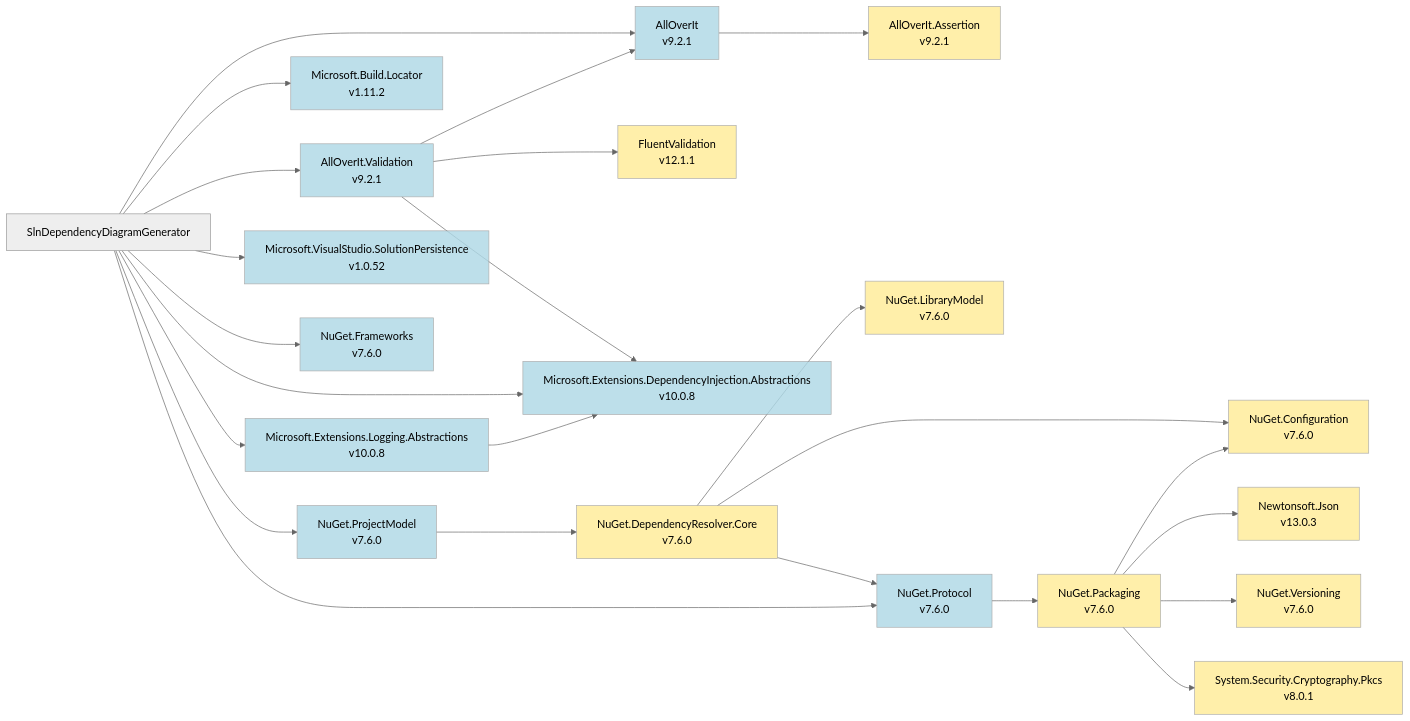
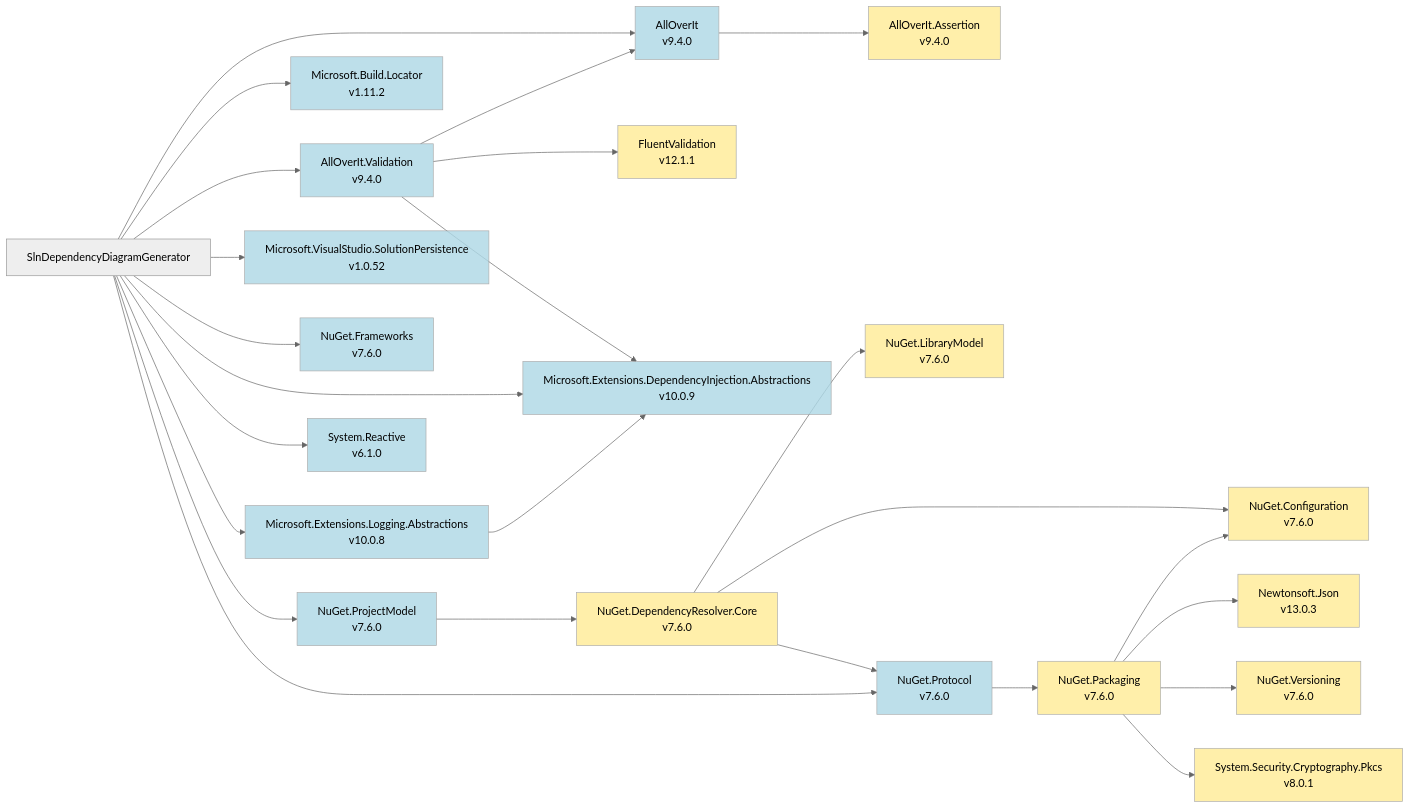
The diagram in Samples/Output/net10.0/mmd/slndependencydiagramgenerator.mmd (mjfreelancing/SlnDependencyDiagramGenerator), drawn with Mermaid (neutral theme) before and after one commit. The commit also changed 62 other files, not shown here.

Commit message:
Sample diagram updates

```diff
--- a/Samples/Output/net10.0/mmd/slndependencydiagramgenerator.mmd
+++ b/Samples/Output/net10.0/mmd/slndependencydiagramgenerator.mmd
@@ -1,61 +1,64 @@
 flowchart LR
   slndependencydiagramgenerator["SlnDependencyDiagramGenerator"]
-  alloverit_9-2-1["AllOverIt<br>v9.2.1"]
-  alloverit-assertion_9-2-1["AllOverIt.Assertion<br>v9.2.1"]
-  alloverit-validation_9-2-1["AllOverIt.Validation<br>v9.2.1"]
+  alloverit_9-4-0["AllOverIt<br>v9.4.0"]
+  alloverit-assertion_9-4-0["AllOverIt.Assertion<br>v9.4.0"]
+  alloverit-validation_9-4-0["AllOverIt.Validation<br>v9.4.0"]
   fluentvalidation_12-1-1["FluentValidation<br>v12.1.1"]
-  microsoft-extensions-dependencyinjection-abstractions_10-0-8["Microsoft.Extensions.DependencyInjection.Abstractions<br>v10.0.8"]
+  microsoft-extensions-dependencyinjection-abstractions_10-0-9["Microsoft.Extensions.DependencyInjection.Abstractions<br>v10.0.9"]
   microsoft-build-locator_1-11-2["Microsoft.Build.Locator<br>v1.11.2"]
   microsoft-extensions-logging-abstractions_10-0-8["Microsoft.Extensions.Logging.Abstractions<br>v10.0.8"]
   microsoft-visualstudio-solutionpersistence_1-0-52["Microsoft.VisualStudio.SolutionPersistence<br>v1.0.52"]
   nuget-frameworks_7-6-0["NuGet.Frameworks<br>v7.6.0"]
   nuget-projectmodel_7-6-0["NuGet.ProjectModel<br>v7.6.0"]
   nuget-dependencyresolver-core_7-6-0["NuGet.DependencyResolver.Core<br>v7.6.0"]
   nuget-configuration_7-6-0["NuGet.Configuration<br>v7.6.0"]
   nuget-librarymodel_7-6-0["NuGet.LibraryModel<br>v7.6.0"]
   nuget-protocol_7-6-0["NuGet.Protocol<br>v7.6.0"]
   nuget-packaging_7-6-0["NuGet.Packaging<br>v7.6.0"]
   newtonsoft-json_13-0-3["Newtonsoft.Json<br>v13.0.3"]
   nuget-versioning_7-6-0["NuGet.Versioning<br>v7.6.0"]
   system-security-cryptography-pkcs_8-0-1["System.Security.Cryptography.Pkcs<br>v8.0.1"]
-  slndependencydiagramgenerator --> alloverit_9-2-1
-  alloverit_9-2-1 --> alloverit-assertion_9-2-1
-  slndependencydiagramgenerator --> alloverit-validation_9-2-1
-  alloverit-validation_9-2-1 --> alloverit_9-2-1
-  alloverit-validation_9-2-1 --> fluentvalidation_12-1-1
-  alloverit-validation_9-2-1 --> microsoft-extensions-dependencyinjection-abstractions_10-0-8
+  system-reactive_6-1-0["System.Reactive<br>v6.1.0"]
+  slndependencydiagramgenerator --> alloverit_9-4-0
+  alloverit_9-4-0 --> alloverit-assertion_9-4-0
+  slndependencydiagramgenerator --> alloverit-validation_9-4-0
+  alloverit-validation_9-4-0 --> alloverit_9-4-0
+  alloverit-validation_9-4-0 --> fluentvalidation_12-1-1
+  alloverit-validation_9-4-0 --> microsoft-extensions-dependencyinjection-abstractions_10-0-9
   slndependencydiagramgenerator --> microsoft-build-locator_1-11-2
-  slndependencydiagramgenerator --> microsoft-extensions-dependencyinjection-abstractions_10-0-8
+  slndependencydiagramgenerator --> microsoft-extensions-dependencyinjection-abstractions_10-0-9
   slndependencydiagramgenerator --> microsoft-extensions-logging-abstractions_10-0-8
-  microsoft-extensions-logging-abstractions_10-0-8 --> microsoft-extensions-dependencyinjection-abstractions_10-0-8
+  microsoft-extensions-logging-abstractions_10-0-8 --> microsoft-extensions-dependencyinjection-abstractions_10-0-9
   slndependencydiagramgenerator --> microsoft-visualstudio-solutionpersistence_1-0-52
   slndependencydiagramgenerator --> nuget-frameworks_7-6-0
   slndependencydiagramgenerator --> nuget-projectmodel_7-6-0
   nuget-projectmodel_7-6-0 --> nuget-dependencyresolver-core_7-6-0
   nuget-dependencyresolver-core_7-6-0 --> nuget-configuration_7-6-0
   nuget-dependencyresolver-core_7-6-0 --> nuget-librarymodel_7-6-0
   nuget-dependencyresolver-core_7-6-0 --> nuget-protocol_7-6-0
   slndependencydiagramgenerator --> nuget-protocol_7-6-0
   nuget-protocol_7-6-0 --> nuget-packaging_7-6-0
   nuget-packaging_7-6-0 --> newtonsoft-json_13-0-3
   nuget-packaging_7-6-0 --> nuget-configuration_7-6-0
   nuget-packaging_7-6-0 --> nuget-versioning_7-6-0
   nuget-packaging_7-6-0 --> system-security-cryptography-pkcs_8-0-1
-  style alloverit_9-2-1 fill:#ADD8E6,opacity:0.8
-  style alloverit-assertion_9-2-1 fill:#FFEC96,opacity:0.8
-  style alloverit-validation_9-2-1 fill:#ADD8E6,opacity:0.8
+  slndependencydiagramgenerator --> system-reactive_6-1-0
+  style alloverit_9-4-0 fill:#ADD8E6,opacity:0.8
+  style alloverit-assertion_9-4-0 fill:#FFEC96,opacity:0.8
+  style alloverit-validation_9-4-0 fill:#ADD8E6,opacity:0.8
   style fluentvalidation_12-1-1 fill:#FFEC96,opacity:0.8
-  style microsoft-extensions-dependencyinjection-abstractions_10-0-8 fill:#ADD8E6,opacity:0.8
+  style microsoft-extensions-dependencyinjection-abstractions_10-0-9 fill:#ADD8E6,opacity:0.8
   style microsoft-build-locator_1-11-2 fill:#ADD8E6,opacity:0.8
   style microsoft-extensions-logging-abstractions_10-0-8 fill:#ADD8E6,opacity:0.8
   style microsoft-visualstudio-solutionpersistence_1-0-52 fill:#ADD8E6,opacity:0.8
   style nuget-frameworks_7-6-0 fill:#ADD8E6,opacity:0.8
   style nuget-projectmodel_7-6-0 fill:#ADD8E6,opacity:0.8
   style nuget-dependencyresolver-core_7-6-0 fill:#FFEC96,opacity:0.8
   style nuget-configuration_7-6-0 fill:#FFEC96,opacity:0.8
   style nuget-librarymodel_7-6-0 fill:#FFEC96,opacity:0.8
   style nuget-protocol_7-6-0 fill:#ADD8E6,opacity:0.8
   style nuget-packaging_7-6-0 fill:#FFEC96,opacity:0.8
   style newtonsoft-json_13-0-3 fill:#FFEC96,opacity:0.8
   style nuget-versioning_7-6-0 fill:#FFEC96,opacity:0.8
   style system-security-cryptography-pkcs_8-0-1 fill:#FFEC96,opacity:0.8
+  style system-reactive_6-1-0 fill:#ADD8E6,opacity:0.8
```
